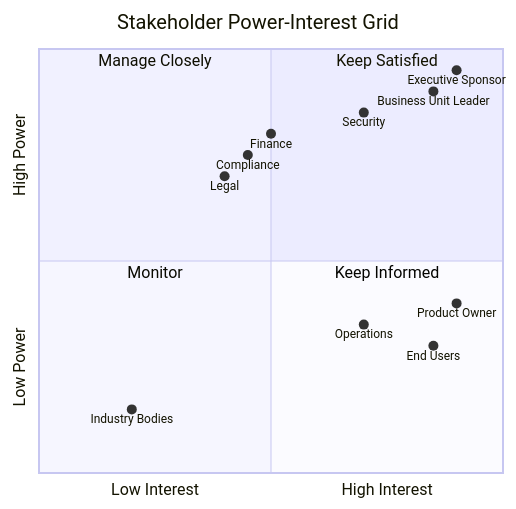
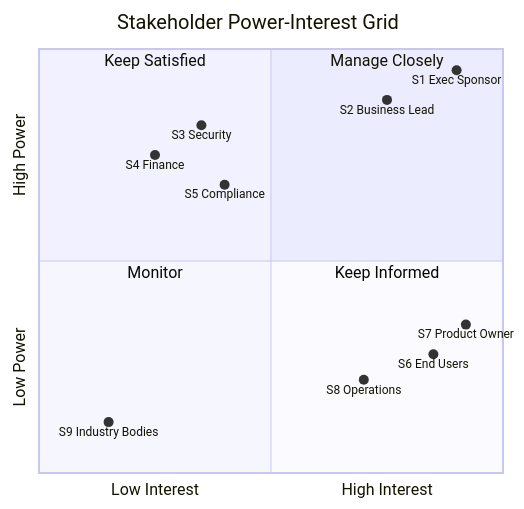
One commit to tractorjuice/arckit-test-project-v16-doctors-appointment changed the diagram in .arckit/templates/stakeholder-drivers-template.md. Above: the diagram before and after it, drawn with Mermaid. The commit also changed other lines of this file and 4 other files, not shown here.

First line of the commit message:
fix: improve Mermaid quadrantChart readability

````diff
--- a/.arckit/templates/stakeholder-drivers-template.md
+++ b/.arckit/templates/stakeholder-drivers-template.md
@@ -79,20 +79,19 @@
 ```mermaid
 quadrantChart
     title Stakeholder Power-Interest Grid
     x-axis Low Interest --> High Interest
     y-axis Low Power --> High Power
-    quadrant-1 Keep Satisfied
-    quadrant-2 Manage Closely
+    quadrant-1 Manage Closely
+    quadrant-2 Keep Satisfied
     quadrant-3 Monitor
     quadrant-4 Keep Informed
-    Executive Sponsor: [0.9, 0.95]
-    Business Unit Leader: [0.85, 0.9]
-    Security: [0.7, 0.85]
-    Finance: [0.5, 0.8]
-    Compliance: [0.45, 0.75]
-    Legal: [0.4, 0.7]
-    End Users: [0.85, 0.3]
-    Product Owner: [0.9, 0.4]
-    Operations: [0.7, 0.35]
-    Industry Bodies: [0.2, 0.15]
+    S1 Exec Sponsor: [0.9, 0.95]
+    S2 Business Lead: [0.75, 0.88]
+    S3 Security: [0.35, 0.82]
+    S4 Finance: [0.25, 0.75]
+    S5 Compliance: [0.4, 0.68]
+    S6 End Users: [0.85, 0.28]
+    S7 Product Owner: [0.92, 0.35]
+    S8 Operations: [0.7, 0.22]
+    S9 Industry Bodies: [0.15, 0.12]
 ```
````
